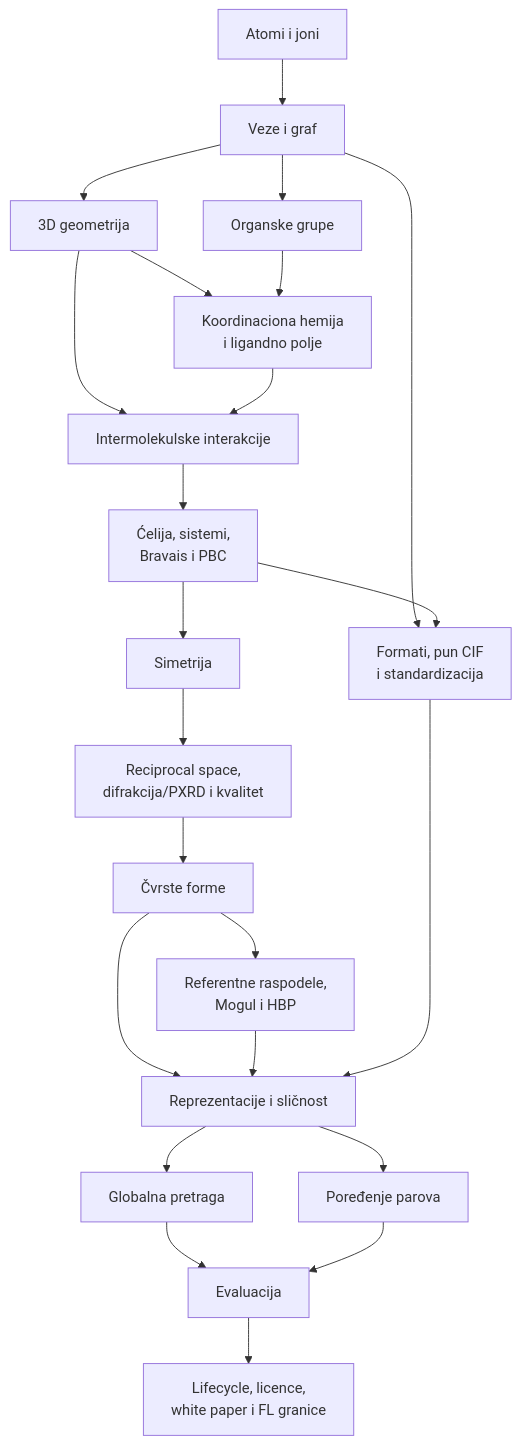
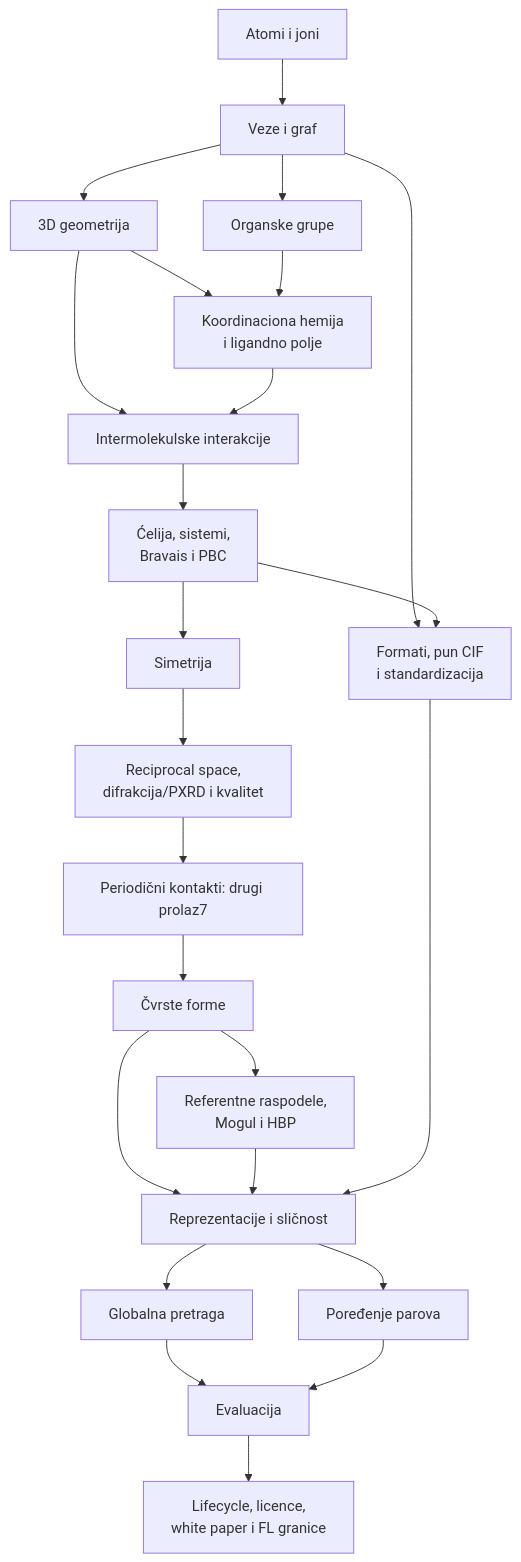
One commit to nemper/crystallography-and-ml-theory changed the diagram in chemistry-foundations/docs/plan-ucenja.md. Above: the diagram before and after it, drawn with Mermaid. The commit also changed other lines of this file and 33 other files, not shown here.

````diff
--- a/chemistry-foundations/docs/plan-ucenja.md
+++ b/chemistry-foundations/docs/plan-ucenja.md
@@ -29,25 +30,26 @@
 ```mermaid
 flowchart TD
     A[Atomi i joni] --> B[Veze i graf]
     B --> C[3D geometrija]
     B --> D[Organske grupe]
     C --> E[Koordinaciona hemija<br/>i ligandno polje]
     D --> E
     C --> F[Intermolekulske interakcije]
     E --> F
     F --> G[Ćelija, sistemi,<br/>Bravais i PBC]
     G --> H[Simetrija]
     H --> I[Reciprocal space,<br/>difrakcija/PXRD i kvalitet]
-    I --> J[Čvrste forme]
+    I --> PC[Periodični kontakti: drugi prolaz7]
+    PC --> J[Čvrste forme]
     J --> R[Referentne raspodele,<br/>Mogul i HBP]
     B --> K[Formati, pun CIF<br/>i standardizacija]
     G --> K
     J --> L[Reprezentacije i sličnost]
     R --> L
     K --> L
     L --> M[Globalna pretraga]
     L --> N[Poređenje parova]
     M --> O[Evaluacija]
     N --> O
     O --> P[Lifecycle, licence,<br/>white paper i FL granice]
 ```
````
